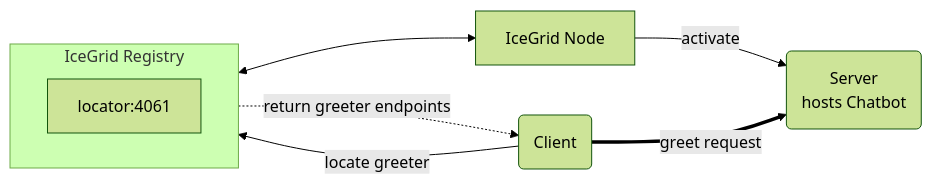
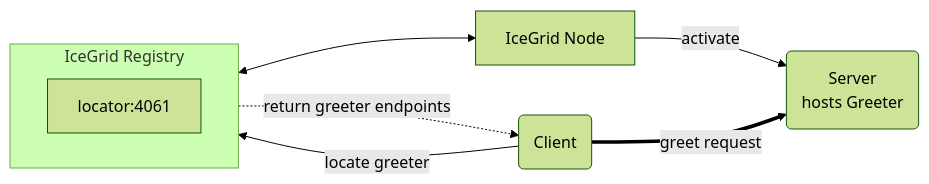
Before and after one commit to zeroc-ice/ice-demos: the diagram in python/IceGrid/greeter/README.md, drawn with Mermaid (forest theme). The commit also changed other lines of this file and 11 other files, not shown here.

````diff
--- a/python/IceGrid/greeter/README.md
+++ b/python/IceGrid/greeter/README.md
@@ -5,13 +5,13 @@
 ```mermaid
 flowchart LR
     Client(Client) --> | locate greeter | Locator
     subgraph Registry[IceGrid Registry]
         direction LR
         Locator[locator:4061]
     end
     Node[IceGrid Node]
-    Server(Server<br/>hosts Chatbot)
+    Server(Server<br/>hosts Greeter)
     Registry <--> Node --> | activate | Server
     Locator -.-> |return greeter endpoints | Client
     Client ==> |greet request| Server
 ```
````
